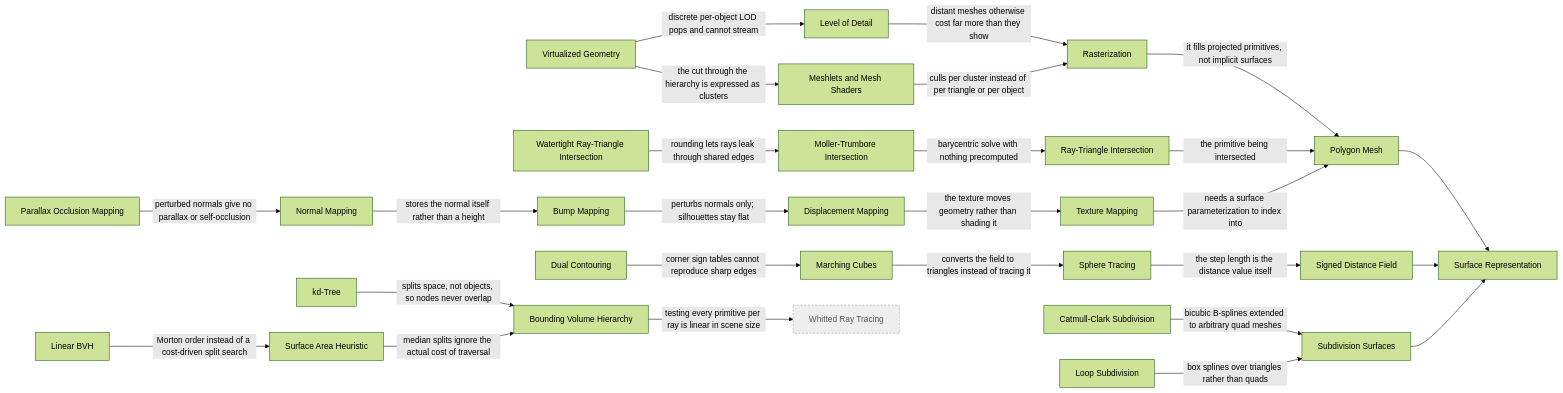
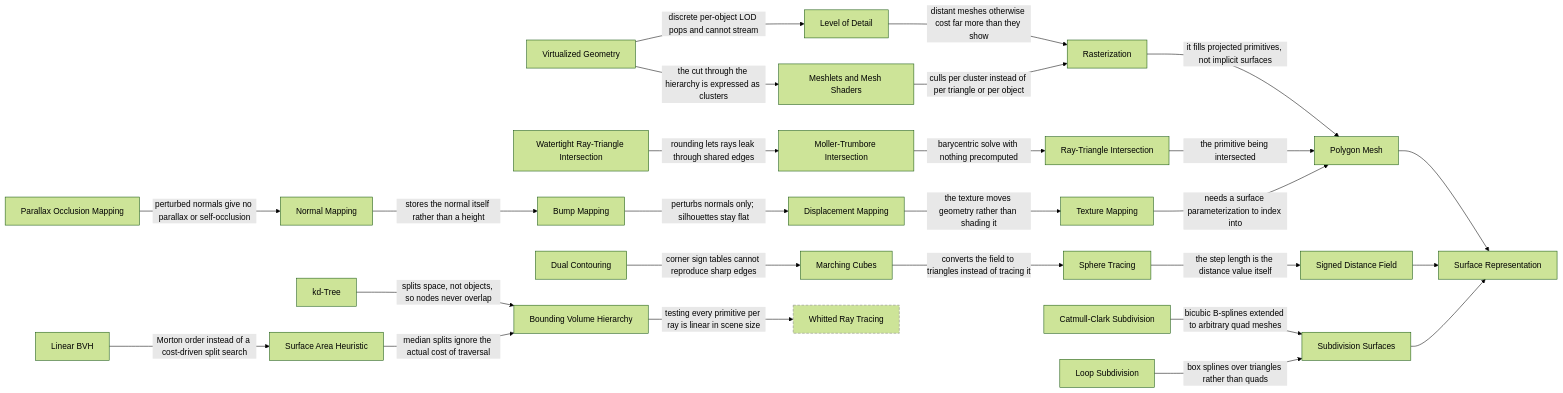
The tenth of 12 diagrams in README.md (kvark/graphics), drawn with Mermaid (forest theme) before and after one commit. The commit also changed other lines of this file and 7 other files, not shown here.

First line of the commit message:
Publish the graph to GitHub Pages on push to main

````diff
--- a/README.md
+++ b/README.md
@@ -654,56 +669,56 @@
 ```mermaid
 graph LR;
     bump_mapping["Bump Mapping"];
     bvh["Bounding Volume Hierarchy"];
     catmull_clark["Catmull-Clark Subdivision"];
     displacement_mapping["Displacement Mapping"];
     dual_contouring["Dual Contouring"];
     kd_tree["kd-Tree"];
     lbvh["Linear BVH"];
     level_of_detail["Level of Detail"];
     loop_subdivision["Loop Subdivision"];
     marching_cubes["Marching Cubes"];
     meshlets["Meshlets and Mesh Shaders"];
     moller_trumbore["Moller-Trumbore Intersection"];
     normal_mapping["Normal Mapping"];
     parallax_occlusion_mapping["Parallax Occlusion Mapping"];
     polygon_mesh["Polygon Mesh"];
     rasterization["Rasterization"];
     ray_triangle_intersection["Ray-Triangle Intersection"];
     signed_distance_field["Signed Distance Field"];
     sphere_tracing["Sphere Tracing"];
     subdivision_surfaces["Subdivision Surfaces"];
     surface_area_heuristic["Surface Area Heuristic"];
     surface_representation["Surface Representation"];
     texture_mapping["Texture Mapping"];
     virtual_geometry["Virtualized Geometry"];
     watertight_ray_triangle["Watertight Ray-Triangle Intersection"];
     whitted_ray_tracing["Whitted Ray Tracing"];
     bump_mapping -->|"perturbs normals only; silhouettes stay flat"| displacement_mapping;
     bvh -->|"testing every primitive per ray is linear in scene size"| whitted_ray_tracing;
     catmull_clark -->|"bicubic B-splines extended to arbitrary quad meshes"| subdivision_surfaces;
     displacement_mapping -->|"the texture moves geometry rather than shading it"| texture_mapping;
     dual_contouring -->|"corner sign tables cannot reproduce sharp edges"| marching_cubes;
     kd_tree -->|"splits space, not objects, so nodes never overlap"| bvh;
     lbvh -->|"Morton order instead of a cost-driven split search"| surface_area_heuristic;
     level_of_detail -->|"distant meshes otherwise cost far more than they show"| rasterization;
     loop_subdivision -->|"box splines over triangles rather than quads"| subdivision_surfaces;
     marching_cubes -->|"converts the field to triangles instead of tracing it"| sphere_tracing;
     meshlets -->|"culls per cluster instead of per triangle or per object"| rasterization;
     moller_trumbore -->|"barycentric solve with nothing precomputed"| ray_triangle_intersection;
     normal_mapping -->|"stores the normal itself rather than a height"| bump_mapping;
     parallax_occlusion_mapping -->|"perturbed normals give no parallax or self-occlusion"| normal_mapping;
     polygon_mesh --> surface_representation;
     rasterization -->|"it fills projected primitives, not implicit surfaces"| polygon_mesh;
     ray_triangle_intersection -->|"the primitive being intersected"| polygon_mesh;
     signed_distance_field --> surface_representation;
     sphere_tracing -->|"the step length is the distance value itself"| signed_distance_field;
     subdivision_surfaces --> surface_representation;
     surface_area_heuristic -->|"median splits ignore the actual cost of traversal"| bvh;
     texture_mapping -->|"needs a surface parameterization to index into"| polygon_mesh;
     virtual_geometry -->|"discrete per-object LOD pops and cannot stream"| level_of_detail;
     virtual_geometry -->|"the cut through the hierarchy is expressed as clusters"| meshlets;
     watertight_ray_triangle -->|"rounding lets rays leak through shared edges"| moller_trumbore;
-    classDef ext fill:#eee,stroke:#999,stroke-dasharray:4 3,color:#555;
+    classDef ext stroke:#888,stroke-dasharray:5 3;
     class whitted_ray_tracing ext;
 ```
````
